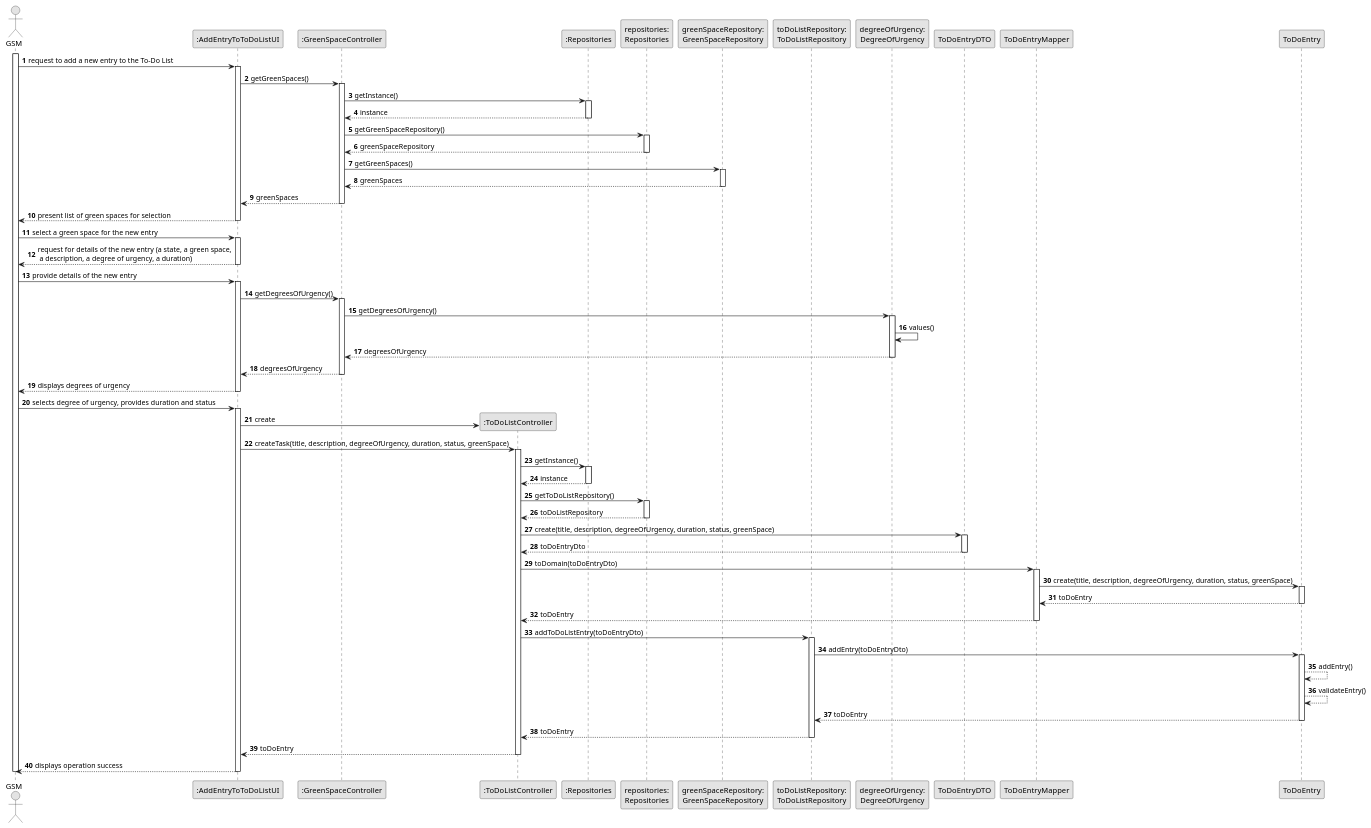
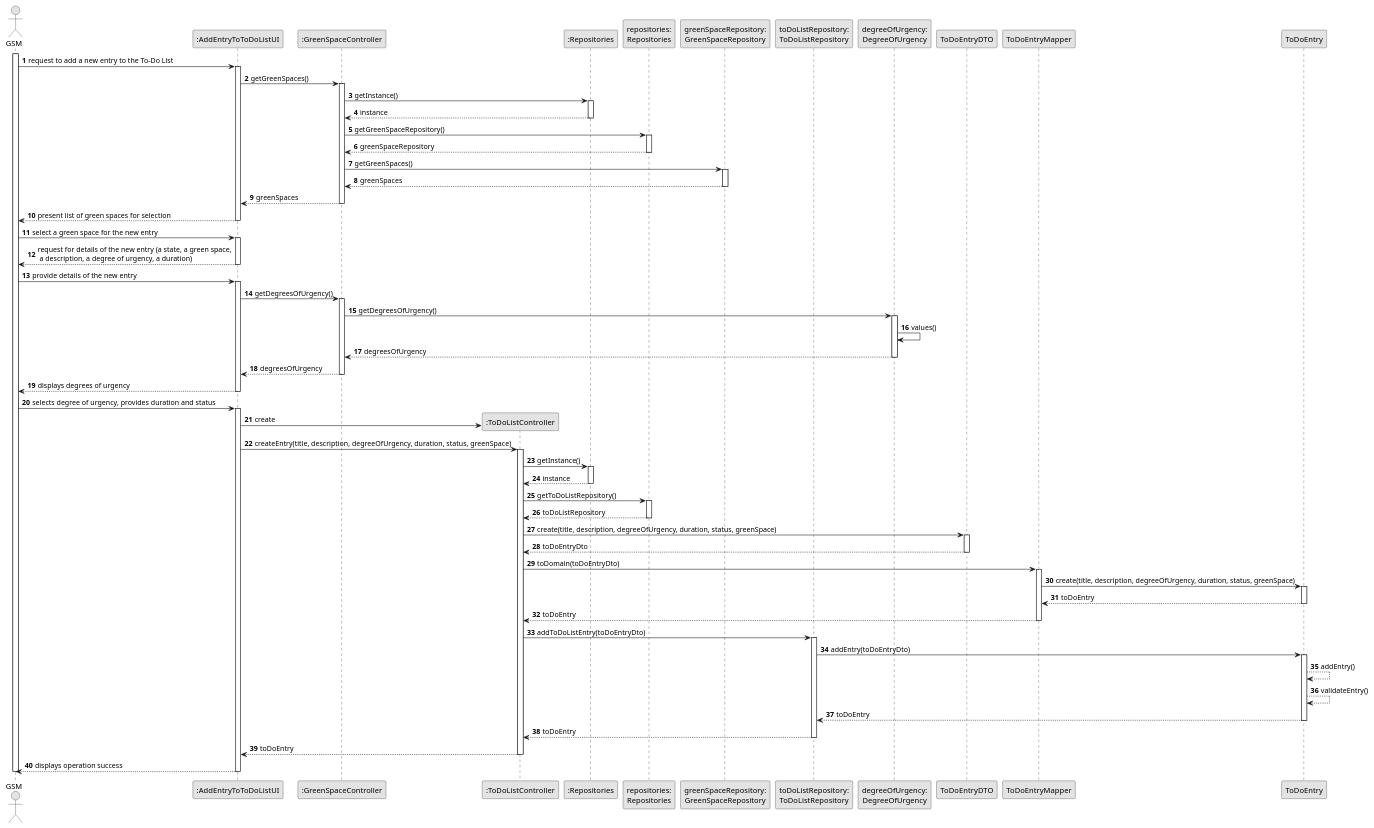
The diagram in docs/sprintC/us021/03.design/puml/us021-sequence-diagram-full.puml (rpedros02/lei-24-s2-1DL-g08), drawn with PlantUML before and after one commit. The commit also changed 12 other files, not shown here.

```diff
--- a/docs/sprintC/us021/03.design/puml/us021-sequence-diagram-full.puml
+++ b/docs/sprintC/us021/03.design/puml/us021-sequence-diagram-full.puml
@@ -1,132 +1,132 @@
 @startuml
 skinparam monochrome true
 skinparam packageStyle rectangle
 skinparam shadowing false
 
 autonumber
 
 actor "GSM" as GSM
 participant ":AddEntryToToDoListUI" as UI
 participant ":GreenSpaceController" as GreenSpaceController
 participant ":ToDoListController" as ToDoListController
 participant ":Repositories" as Repositories
 participant "repositories:\nRepositories" as RepositoriesInstance
 participant "greenSpaceRepository:\nGreenSpaceRepository" as GreenSpaceRepository
 participant "toDoListRepository:\nToDoListRepository" as ToDoListRepository
 participant "degreeOfUrgency:\nDegreeOfUrgency" as DegreeOfUrgencyRepository
 
 activate GSM
 
     GSM -> UI : request to add a new entry to the To-Do List
     activate UI
 
         UI -> GreenSpaceController : getGreenSpaces()
         activate GreenSpaceController
 
             GreenSpaceController -> Repositories : getInstance()
             activate Repositories
 
                 Repositories --> GreenSpaceController : instance
             deactivate Repositories
 
             GreenSpaceController -> RepositoriesInstance : getGreenSpaceRepository()
             activate RepositoriesInstance
 
                 RepositoriesInstance --> GreenSpaceController : greenSpaceRepository
             deactivate RepositoriesInstance
 
             GreenSpaceController -> GreenSpaceRepository : getGreenSpaces()
             activate GreenSpaceRepository
 
                 GreenSpaceRepository --> GreenSpaceController : greenSpaces
             deactivate GreenSpaceRepository
 
             GreenSpaceController --> UI : greenSpaces
         deactivate GreenSpaceController
 
         UI --> GSM : present list of green spaces for selection
     deactivate UI
 
     GSM -> UI : select a green space for the new entry
     activate UI
         UI --> GSM : request for details of the new entry (a state, a green space,\n a description, a degree of urgency, a duration)
     deactivate UI
     GSM -> UI : provide details of the new entry
     activate UI
 
         UI -> GreenSpaceController : getDegreesOfUrgency()
         activate GreenSpaceController
 
             GreenSpaceController -> DegreeOfUrgencyRepository : getDegreesOfUrgency()
             activate DegreeOfUrgencyRepository
 
                 DegreeOfUrgencyRepository -> DegreeOfUrgencyRepository : values()
 
 
                 DegreeOfUrgencyRepository --> GreenSpaceController : degreesOfUrgency
             deactivate DegreeOfUrgencyRepository
 
             GreenSpaceController --> UI : degreesOfUrgency
         deactivate GreenSpaceController
 
         UI --> GSM : displays degrees of urgency
     deactivate UI
 
     GSM -> UI : selects degree of urgency, provides duration and status
     activate UI
 
         UI -> ToDoListController** : create
-        UI -> ToDoListController : createTask(title, description, degreeOfUrgency, duration, status, greenSpace)
+        UI -> ToDoListController : createEntry(title, description, degreeOfUrgency, duration, status, greenSpace)
         activate ToDoListController
 
             ToDoListController -> Repositories : getInstance()
             activate Repositories
 
                 Repositories --> ToDoListController : instance
             deactivate Repositories
 
             ToDoListController -> RepositoriesInstance : getToDoListRepository()
             activate RepositoriesInstance
 
                 RepositoriesInstance --> ToDoListController : toDoListRepository
             deactivate RepositoriesInstance
 
                ToDoListController -> ToDoEntryDTO : create(title, description, degreeOfUrgency, duration, status, greenSpace)
                activate ToDoEntryDTO
 
                ToDoEntryDTO --> ToDoListController : toDoEntryDto
                 deactivate ToDoEntryDTO
 
                 ToDoListController -> ToDoEntryMapper: toDomain(toDoEntryDto)
                 activate ToDoEntryMapper
 
                 ToDoEntryMapper -> ToDoEntry : create(title, description, degreeOfUrgency, duration, status, greenSpace)
                 activate ToDoEntry
 
                 ToDoEntry --> ToDoEntryMapper : toDoEntry
                 deactivate ToDoEntry
 
                 ToDoEntryMapper --> ToDoListController : toDoEntry
                 deactivate ToDoEntryMapper
 
 
 
             ToDoListController -> ToDoListRepository : addToDoListEntry(toDoEntryDto)
             activate ToDoListRepository
             ToDoListRepository -> ToDoEntry : addEntry(toDoEntryDto)
                             activate ToDoEntry
                             ToDoEntry --> ToDoEntry : addEntry()
                             ToDoEntry --> ToDoEntry : validateEntry()
 
                                 ToDoEntry --> ToDoListRepository : toDoEntry
                             deactivate ToDoEntry
                 ToDoListRepository --> ToDoListController : toDoEntry
             deactivate ToDoListRepository
 
             ToDoListController --> UI : toDoEntry
         deactivate ToDoListController
 
         UI --> GSM : displays operation success
     deactivate UI
     deactivate GSM
 @enduml
```
